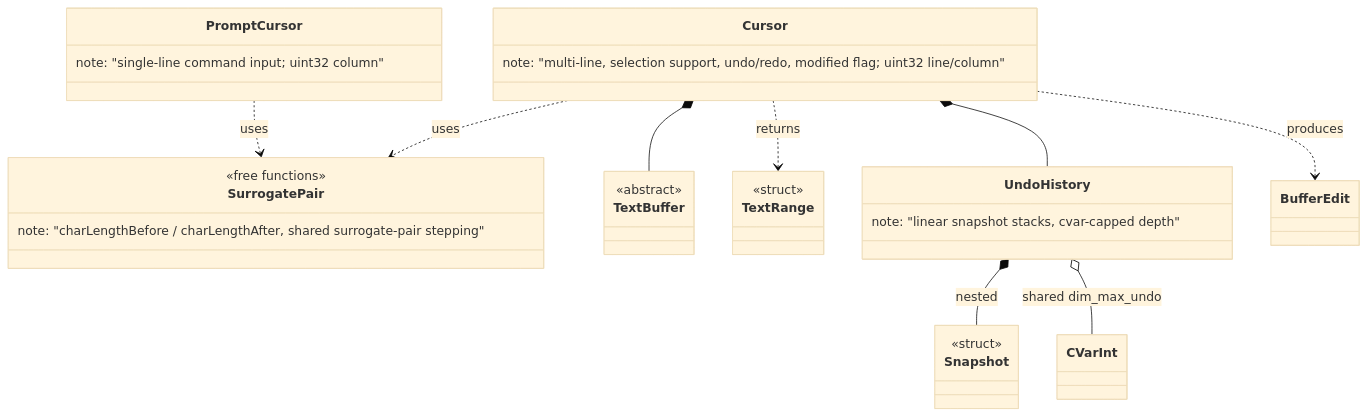
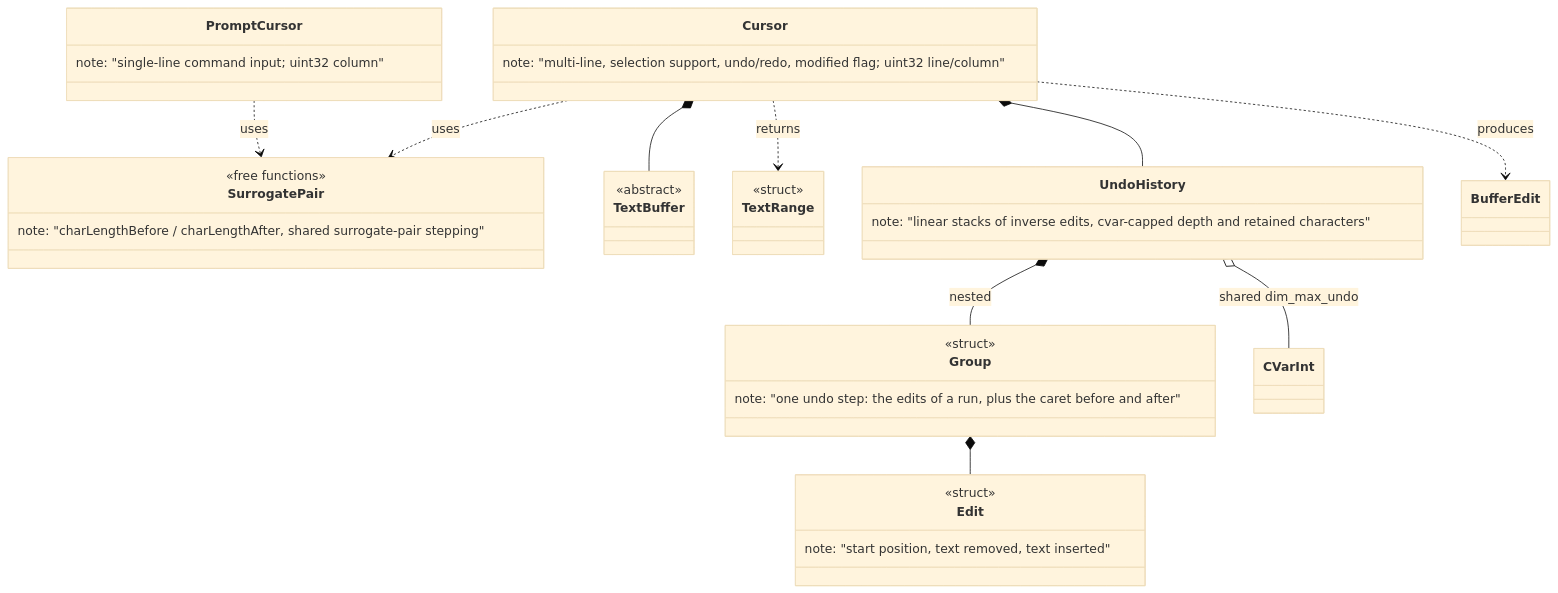
One commit to notnotme/bbloc changed the fourth of 10 diagrams in docs/class_diagram.md. Above: the diagram before and after it, drawn with Mermaid (base theme). The commit also changed 8 other files, not shown here.

````diff
--- a/docs/class_diagram.md
+++ b/docs/class_diagram.md
@@ -93,35 +93,41 @@
 ```mermaid
 classDiagram
     class Cursor {
         note: "multi-line, selection support, undo/redo, modified flag; uint32 line/column"
     }
     class PromptCursor {
         note: "single-line command input; uint32 column"
     }
     class SurrogatePair {
         <<free functions>>
         note: "charLengthBefore / charLengthAfter, shared surrogate-pair stepping"
     }
     class TextBuffer {
         <<abstract>>
     }
     class TextRange {
         <<struct>>
     }
     class UndoHistory {
-        note: "linear snapshot stacks, cvar-capped depth"
+        note: "linear stacks of inverse edits, cvar-capped depth and retained characters"
     }
-    class Snapshot {
+    class Group {
         <<struct>>
+        note: "one undo step: the edits of a run, plus the caret before and after"
+    }
+    class Edit {
+        <<struct>>
+        note: "start position, text removed, text inserted"
     }
     class CVarInt
 
     Cursor *-- TextBuffer
     Cursor *-- UndoHistory
     Cursor ..> SurrogatePair : uses
     PromptCursor ..> SurrogatePair : uses
-    UndoHistory *-- Snapshot : nested
+    UndoHistory *-- Group : nested
+    Group *-- Edit
     UndoHistory o-- CVarInt : shared dim_max_undo
     Cursor ..> TextRange : returns
     Cursor ..> BufferEdit : produces
 ```
````
